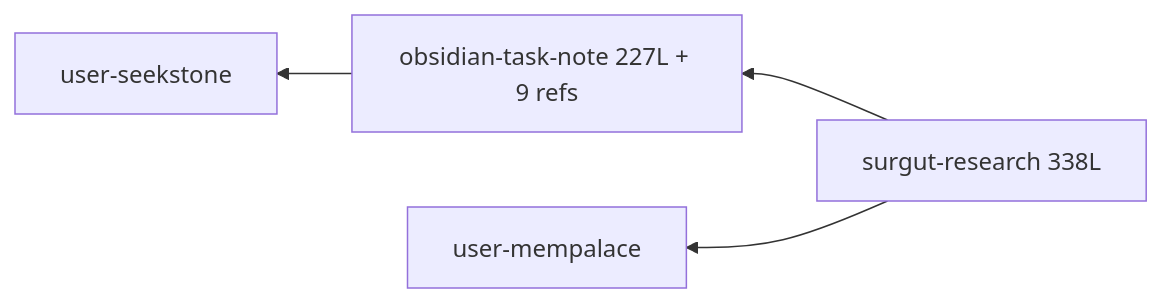
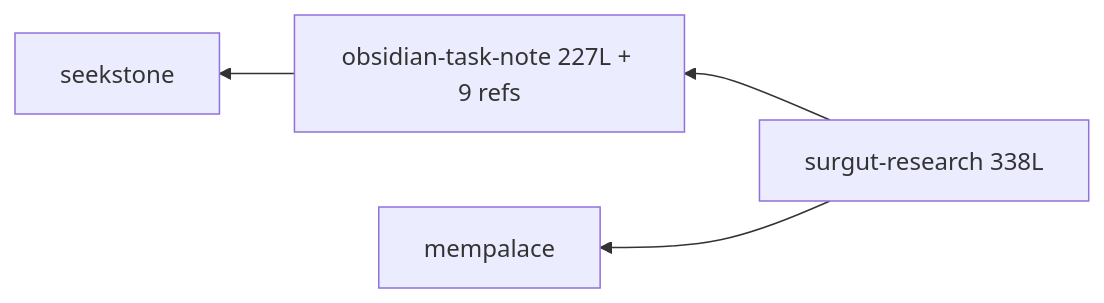
The first of 2 diagrams in docs/superpowers/specs/2026-07-15-nexus-atomic-skills-design.md (Quetan/nexus), drawn with Mermaid before and after one commit. The commit also changed 13 other files, not shown here.

````diff
--- a/docs/superpowers/specs/2026-07-15-nexus-atomic-skills-design.md
+++ b/docs/superpowers/specs/2026-07-15-nexus-atomic-skills-design.md
@@ -9,6 +9,6 @@
 ```mermaid
 graph RL
   SR[surgut-research 338L] --> OTN[obsidian-task-note 227L + 9 refs]
-  SR --> MCP1[user-mempalace]
-  OTN --> MCP2[user-seekstone]
+  SR --> MCP1[mempalace]
+  OTN --> MCP2[seekstone]
 ```
````
